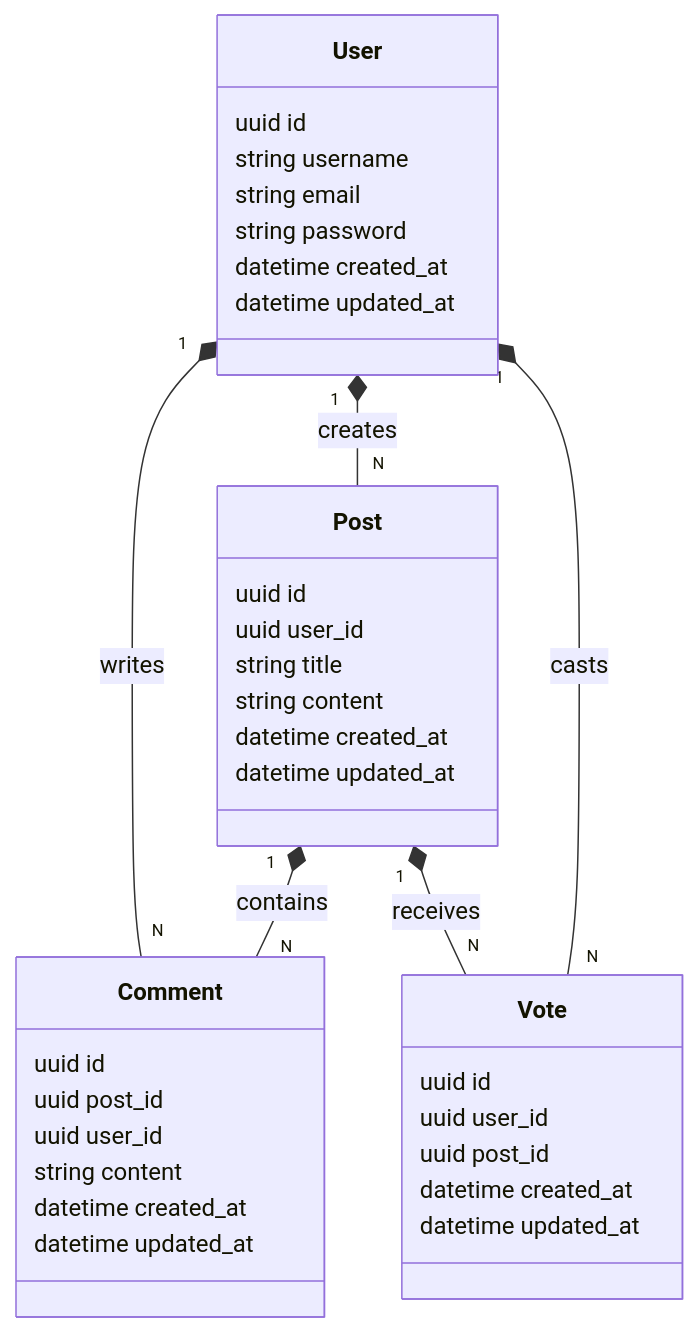
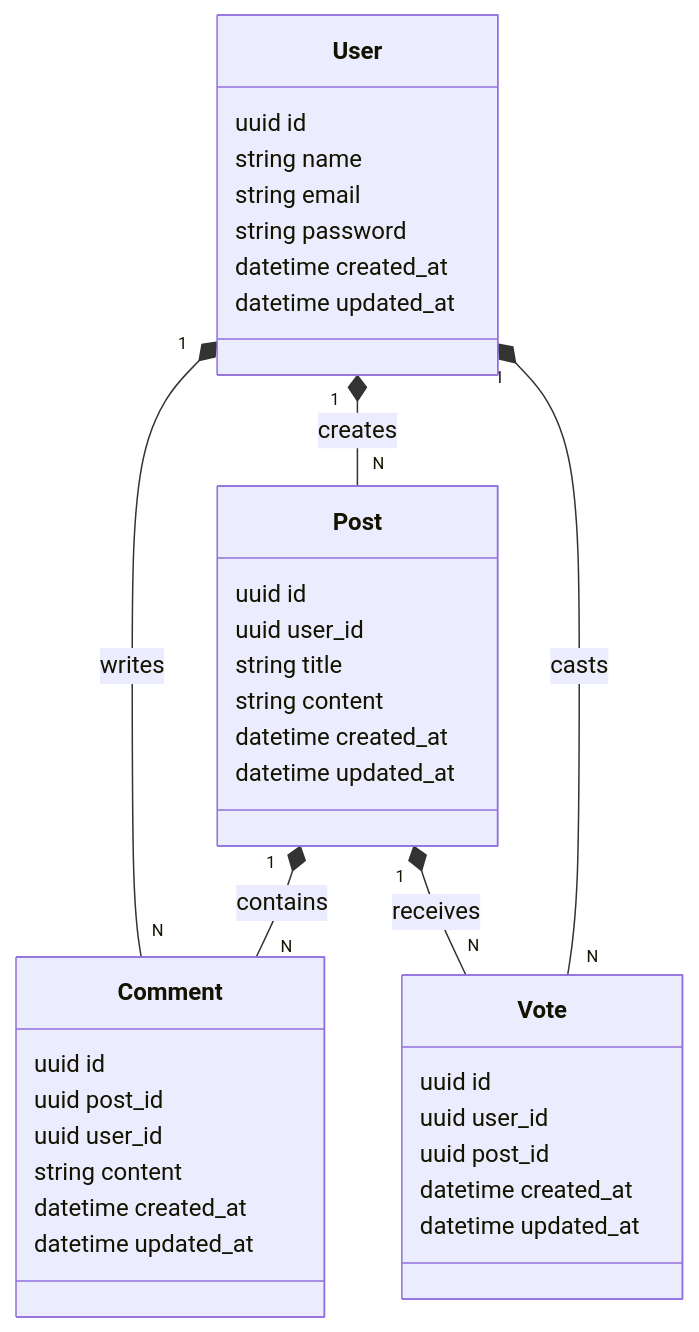
The diagram in README.md (wesleybertipaglia/spring-forum), drawn with Mermaid before and after one commit.

````diff
--- a/README.md
+++ b/README.md
@@ -18,43 +18,43 @@
 ```mermaid
 classDiagram
     class User {
         uuid id
-        string username
+        string name
         string email
         string password
         datetime created_at
         datetime updated_at
     }
     
     class Post {
         uuid id
         uuid user_id
         string title
         string content
         datetime created_at
         datetime updated_at
     }
     
     class Comment {
         uuid id
         uuid post_id
         uuid user_id
         string content
         datetime created_at
         datetime updated_at
     }
     
     class Vote {
         uuid id
         uuid user_id
         uuid post_id
         datetime created_at
         datetime updated_at
     }
 
     User "1" *-- "N" Post : creates
     Post "1" *-- "N" Comment : contains
     User "1" *-- "N" Comment : writes
     User "1" *-- "N" Vote : casts
     Post "1" *-- "N" Vote : receives
 ```
````
